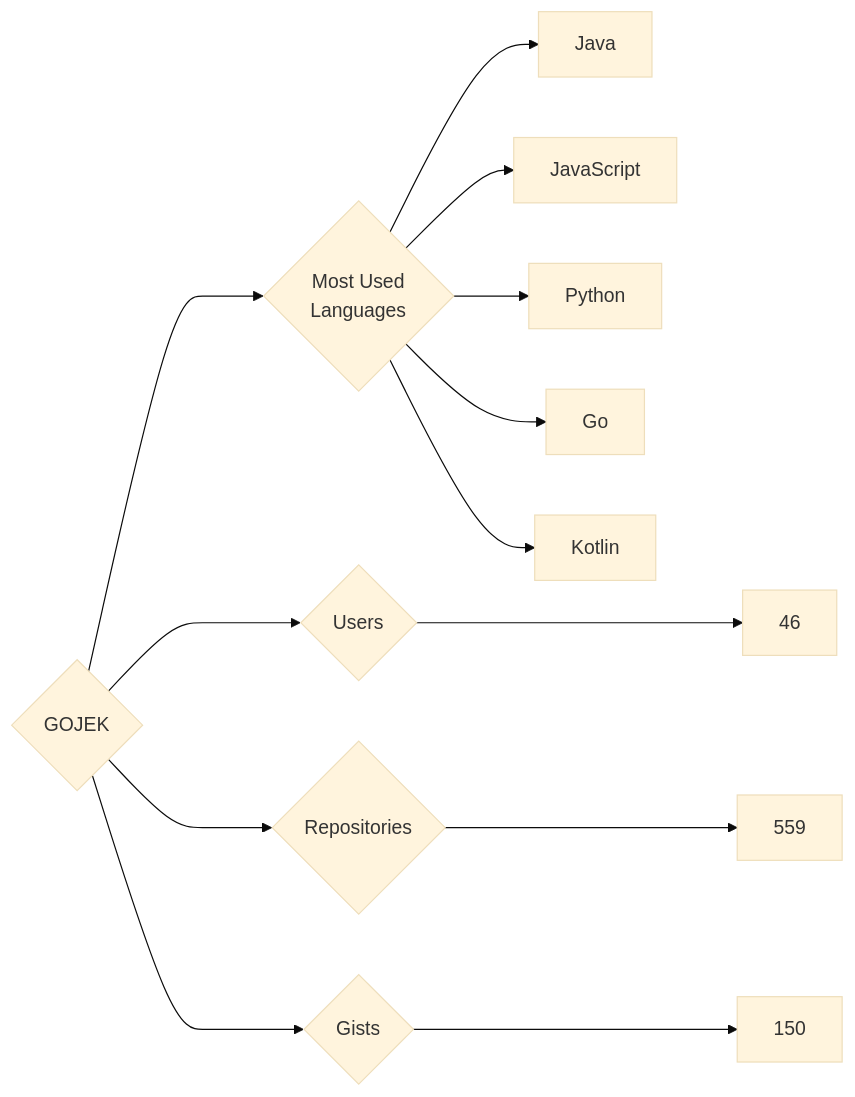
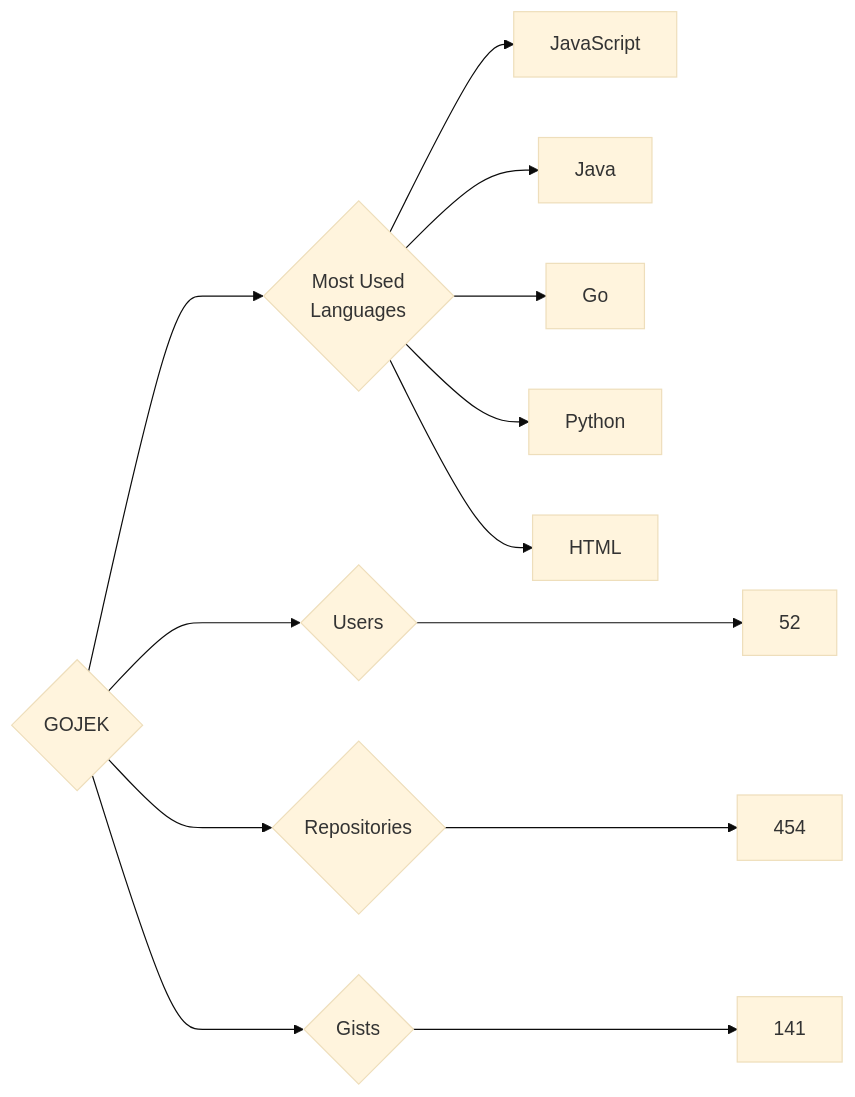
Before and after one commit to trickest/insiders: the diagram in targets/GOJEK/README.md, drawn with Mermaid (base theme). The commit also changed 688 other files, not shown here.

````diff
--- a/targets/GOJEK/README.md
+++ b/targets/GOJEK/README.md
@@ -3,13 +3,13 @@
 ```mermaid
 graph LR
 COMPANY_NAME{GOJEK}
-COMPANY_NAME ---> U{Users} ---> UN[46]
-COMPANY_NAME ---> R{Repositories} ---> RN[559]
-COMPANY_NAME ---> G{Gists} ---> GN[150]
+COMPANY_NAME ---> U{Users} ---> UN[52]
+COMPANY_NAME ---> R{Repositories} ---> RN[454]
+COMPANY_NAME ---> G{Gists} ---> GN[141]
 COMPANY_NAME ---> ML{Most Used<br>Languages}
+ML --> JavaScript[JavaScript]
 ML --> Java[Java]
-ML --> JavaScript[JavaScript]
+ML --> Go[Go]
 ML --> Python[Python]
-ML --> Go[Go]
-ML --> Kotlin[Kotlin]
+ML --> HTML[HTML]
 ```
````
